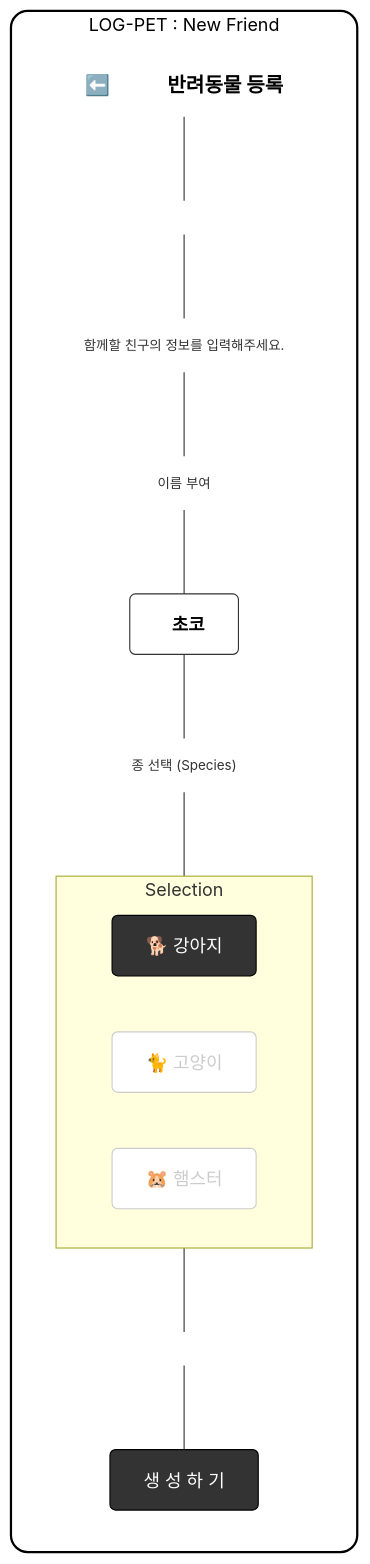
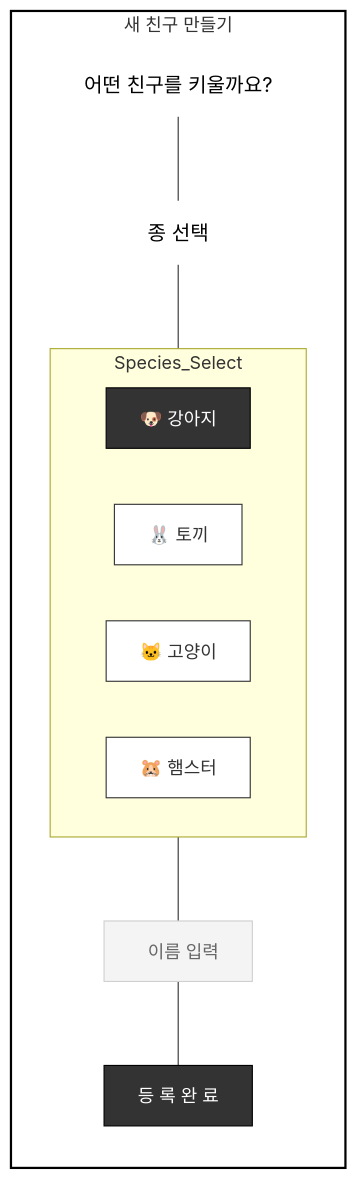
One commit to silver-hye/Log_Pet changed the third of 6 diagrams in analysis.md. Above: the diagram before and after it, drawn with Mermaid. The commit also changed other lines of this file, not shown here.

````diff
--- a/analysis.md
+++ b/analysis.md
@@ -644,43 +643,28 @@
 ```mermaid
 graph TD
-    classDef device fill:#fff,stroke:#000,stroke-width:2px,rx:15,ry:15,color:#000;
-    classDef title fill:none,stroke:none,color:#000,font-size:18px,font-weight:bold;
-    classDef text fill:none,stroke:none,color:#333,font-size:12px;
-    classDef input_filled fill:#fff,stroke:#333,stroke-width:1px,color:#000,font-weight:bold,rx:5,ry:5;
-    classDef btn_active fill:#333,stroke:#000,stroke-width:1px,color:#fff,rx:5,ry:5;
-    classDef btn_inactive fill:#fff,stroke:#ccc,stroke-width:1px,color:#ccc,rx:5,ry:5;
+    classDef device fill:#fff,stroke:#000,stroke-width:2px;
+    classDef title fill:none,stroke:none,color:#000,font-size:18px;
+    classDef input fill:#f4f4f4,stroke:#d0d0d0,color:#666;
+    classDef btn fill:#333,stroke:#000,color:#fff;
+    classDef btn_line fill:#fff,stroke:#333,color:#333;
 
-    subgraph Mobile_Frame [LOG-PET : New Friend]
+    subgraph Mobile_Frame [새 친구 만들기]
         direction TB
-
-        Nav["⬅️ &nbsp;&nbsp;&nbsp;&nbsp;&nbsp;&nbsp;&nbsp;&nbsp;&nbsp;&nbsp; 반려동물 등록"]:::title
-        
-        Space1[ ]:::text
-        Instruction["함께할 친구의 정보를 입력해주세요."]:::text
-        
-        Label1["이름 부여"]:::text
-        In_Name["&nbsp;&nbsp;초코"]:::input_filled
-        
-        Label2["종 선택 (Species)"]:::text
-        subgraph Species_Select [Selection]
+        Title["어떤 친구를 키울까요?"]:::title
+        Species["종 선택"]:::title
+        subgraph Species_Select
             direction LR
-            Sel1["🐕 강아지"]:::btn_active
-            Sel2["🐈 고양이"]:::btn_inactive
-            Sel3["🐹 햄스터"]:::btn_inactive
+            S1["🐶 강아지"]:::btn
+            S2["🐰 토끼"]:::btn_line
+            S3["🐱 고양이"]:::btn_line
+            S4["🐹 햄스터"]:::btn_line
         end
-
-        Space2[ ]:::text
-        Btn_Create["생 성 하 기"]:::btn_active
-        
-        Nav --- Space1
-        Space1 --- Instruction
-        Instruction --- Label1
-        Label1 --- In_Name
-        In_Name --- Label2
-        Label2 --- Species_Select
-        Species_Select --- Space2
-        Space2 --- Btn_Create
+        In_Name["&nbsp;&nbsp;이름 입력"]:::input
+        Btn_Create["등 록 완 료"]:::btn
+        Title --- Species
+        Species --- Species_Select
+        Species_Select --- In_Name
+        In_Name --- Btn_Create
     end
-
     class Mobile_Frame device;
 ```
````
